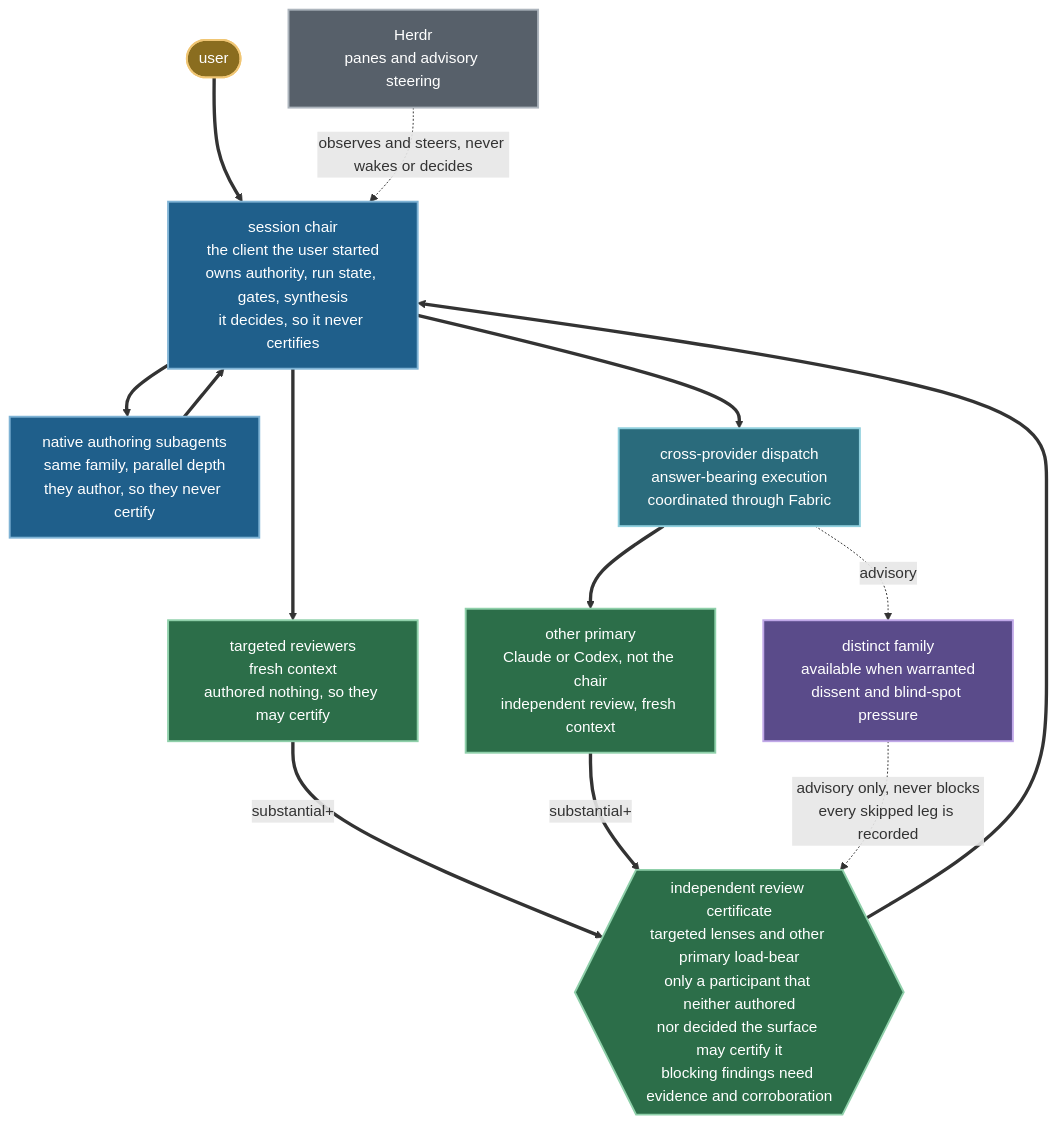
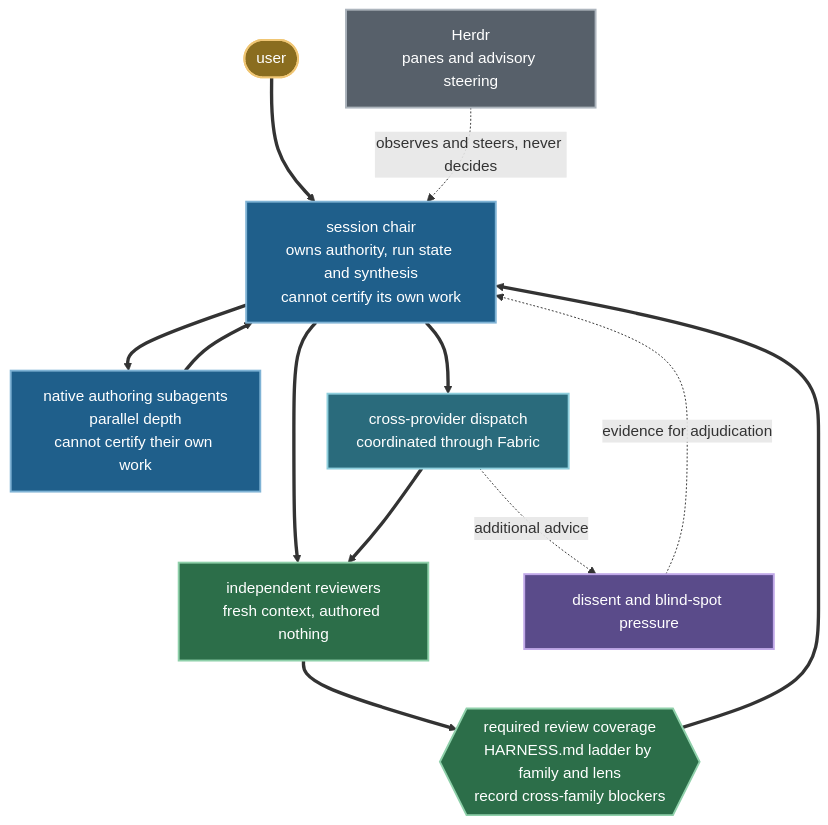
The second of 2 diagrams in docs/ARCHITECTURE.md (mblauberg/provenant), drawn with Mermaid before and after one commit. The commit also changed other lines of this file and 17 other files, not shown here.

Commit message:
fix: align review ladder with harness constitution

````diff
--- a/docs/ARCHITECTURE.md
+++ b/docs/ARCHITECTURE.md
@@ -248,37 +250,30 @@
 ```mermaid
 flowchart TB
-    accTitle: Review topology, blocking and non-blocking legs
-    accDescr: The user starts one client, and that client is the session chair. The chair fans out to native authoring subagents in its own family for parallel depth; because they write the work they may never certify it, and neither may the chair, which decides. Review then runs on targeted lenses and the other primary from the substantial tier upwards. Those legs are drawn solid because they can block the run; the delivery validator rejects a receipt that reaches acceptance missing either requirement. A distinct family attaches through the same fabric as advisory pressure, drawn dashed because availability is risk-scaled and any skip is recorded. Herdr observes and sends fire-and-forget steering, drawn dotted, and never decides. Only a participant that neither authored nor decided the surface may sign the certificate.
+    accTitle: Independent review coverage and advisory pressure
+    accDescr: The user starts one client as session chair. Native authoring subagents provide parallel depth but cannot certify their own work. Independent reviewers run in fresh contexts through native tools or cross-provider dispatch coordinated by Fabric. Their passing legs count by family and lens under the HARNESS.md Review ladder. Additional advice and Herdr steering do not decide the outcome. The chair adjudicates against evidence.
     HU(["user"]) ==> CH
-
-    CH["session chair<br/>the client the user started<br/>owns authority, run state, gates, synthesis<br/>it decides, so it never certifies"]
-
-    CH ==> SUB["native authoring subagents<br/>same family, parallel depth<br/>they author, so they never certify"]
+    CH["session chair<br/>owns authority, run state and synthesis<br/>cannot certify its own work"]
+    CH ==> SUB["native authoring subagents<br/>parallel depth<br/>cannot certify their own work"]
     SUB ==> CH
-
-    CH ==> NRV["targeted reviewers<br/>fresh context<br/>authored nothing, so they may certify"]
-    CH ==> AF["cross-provider dispatch<br/>answer-bearing execution<br/>coordinated through Fabric"]
-
-    AF ==> OP["other primary<br/>Claude or Codex, not the chair<br/>independent review, fresh context"]
-    AF -. "advisory" .-> BF["distinct family<br/>available when warranted<br/>dissent and blind-spot pressure"]
-
-    NRV == "substantial+" ==> CERT{{"independent review certificate<br/>targeted lenses and other primary load-bear<br/>only a participant that neither authored<br/>nor decided the surface may certify it<br/>blocking findings need evidence and corroboration"}}
-    OP == "substantial+" ==> CERT
-    BF -. "advisory only, never blocks<br/>every skipped leg is recorded" .-> CERT
-
+    CH ==> NRV["independent reviewers<br/>fresh context, authored nothing"]
+    CH ==> AF["cross-provider dispatch<br/>coordinated through Fabric"]
+    AF ==> NRV
+    NRV ==> CERT{{"required review coverage<br/>HARNESS.md ladder by family and lens<br/>record cross-family blockers"}}
+    AF -. "additional advice" .-> ADV["dissent and blind-spot pressure"]
+    ADV -. "evidence for adjudication" .-> CH
     CERT ==> CH
-    HD["Herdr<br/>panes and advisory steering"] -. "observes and steers, never wakes or decides" .-> CH
+    HD["Herdr<br/>panes and advisory steering"] -. "observes and steers, never decides" .-> CH
 
     classDef user fill:#8a6d1f,stroke:#f0c674,color:#ffffff,stroke-width:2px
     classDef actor fill:#1f5f8b,stroke:#7fb3d5,color:#ffffff,stroke-width:2px
     classDef transport fill:#2a6b7c,stroke:#8fcfdd,color:#ffffff,stroke-width:2px
     classDef blocking fill:#2c6e49,stroke:#8fd0aa,color:#ffffff,stroke-width:2px
     classDef advisory fill:#5a4b8a,stroke:#c0a8e8,color:#ffffff,stroke-width:2px
     classDef inert fill:#57606a,stroke:#adb5bd,color:#ffffff,stroke-width:2px
     class HU user
     class CH,SUB actor
     class AF transport
-    class NRV,OP,CERT blocking
-    class BF advisory
+    class NRV,CERT blocking
+    class ADV advisory
     class HD inert
 ```
````
